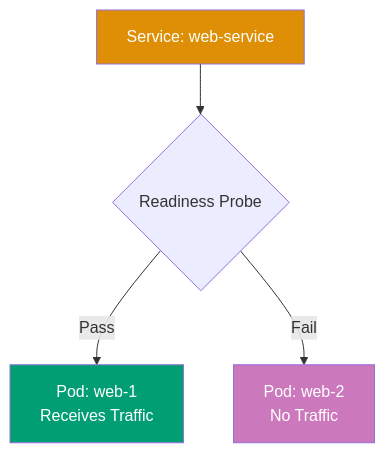
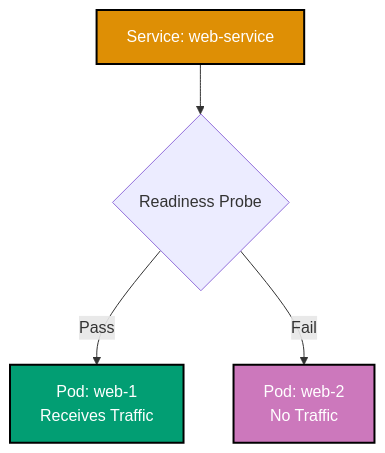
Diagram 11 of 12 in apps/ayokoding-web/content/en/learn/software-engineering/infrastructure/tools/kubernetes/by-example/intermediate.md (wahidyankf/open-sharia-enterprise), drawn with Mermaid before and after one commit. The commit also changed other lines of this file and 25 other files, not shown here.

````diff
--- a/apps/ayokoding-web/content/en/learn/software-engineering/infrastructure/tools/kubernetes/by-example/intermediate.md
+++ b/apps/ayokoding-web/content/en/learn/software-engineering/infrastructure/tools/kubernetes/by-example/intermediate.md
@@ -2332,11 +2342,12 @@
 ```mermaid
+%% Color Palette: Blue #0173B2, Orange #DE8F05, Teal #029E73, Purple #CC78BC, Brown #CA9161
 %% Readiness probe traffic control
 graph TD
  A[Service: web-service] --> B{Readiness Probe}
  B -->|Pass| C[Pod: web-1<br/>Receives Traffic]
  B -->|Fail| D[Pod: web-2<br/>No Traffic]
 
- style A fill:#DE8F05,color:#fff
- style C fill:#029E73,color:#fff
- style D fill:#CC78BC,color:#fff
+ style A fill:#DE8F05,stroke:#000000,stroke-width:2px,color:#fff
+ style C fill:#029E73,stroke:#000000,stroke-width:2px,color:#fff
+ style D fill:#CC78BC,stroke:#000000,stroke-width:2px,color:#fff
 ```
````
